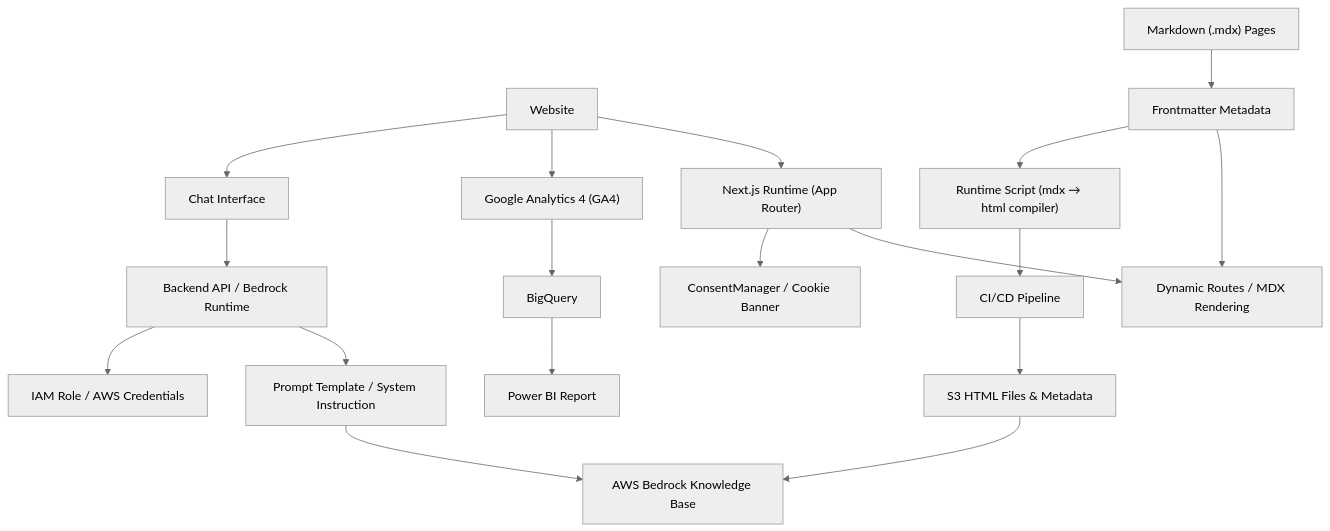
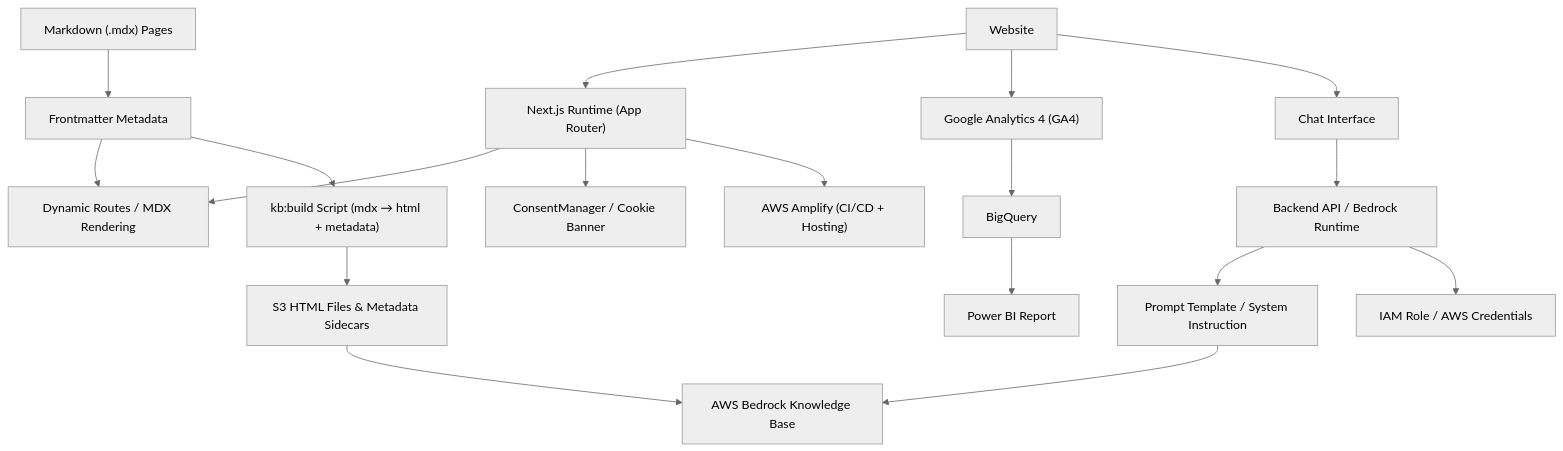
Before and after one commit to PeterSVenton/portfolio: the fourth of 4 diagrams in src/app/md-pages/projects/personal-portfolio.mdx, drawn with Mermaid (neutral theme). The commit also changed other lines of this file, not shown here.

````diff
--- a/src/app/md-pages/projects/personal-portfolio.mdx
+++ b/src/app/md-pages/projects/personal-portfolio.mdx
@@ -509,29 +601,29 @@
 ```mermaid
 graph TD
     %% Frontend
     A["Website"] --> A1["Next.js Runtime (App Router)"]
     A1 --> A2["Dynamic Routes / MDX Rendering"]
     A1 --> A3["ConsentManager / Cookie Banner"]
     A --> B["Google Analytics 4 (GA4)"]
     A --> E["Chat Interface"]
 
     %% Content layer
     I["Markdown (.mdx) Pages"] --> I1["Frontmatter Metadata"]
     I1 --> A2
-    I1 --> J["Runtime Script (mdx → html compiler)"]
-    K --> H["S3 HTML Files & Metadata"]
+    I1 --> J["kb:build Script (mdx → html + metadata)"]
+    J --> H["S3 HTML Files & Metadata Sidecars"]
     H --> G["AWS Bedrock Knowledge Base"]
 
     %% Backend / AI flow
     E --> F["Backend API / Bedrock Runtime"]
     F --> F2["Prompt Template / System Instruction"]
     F2 --> G
     F --> F1["IAM Role / AWS Credentials"]
 
     %% Analytics flow
     B --> C["BigQuery"]
     C --> D["Power BI Report"]
 
-    %% DevOps / feedback loop
-    J --> K["CI/CD Pipeline"]
+    %% Hosting
+    A1 --> Z["AWS Amplify (CI/CD + Hosting)"]
 ```
````
